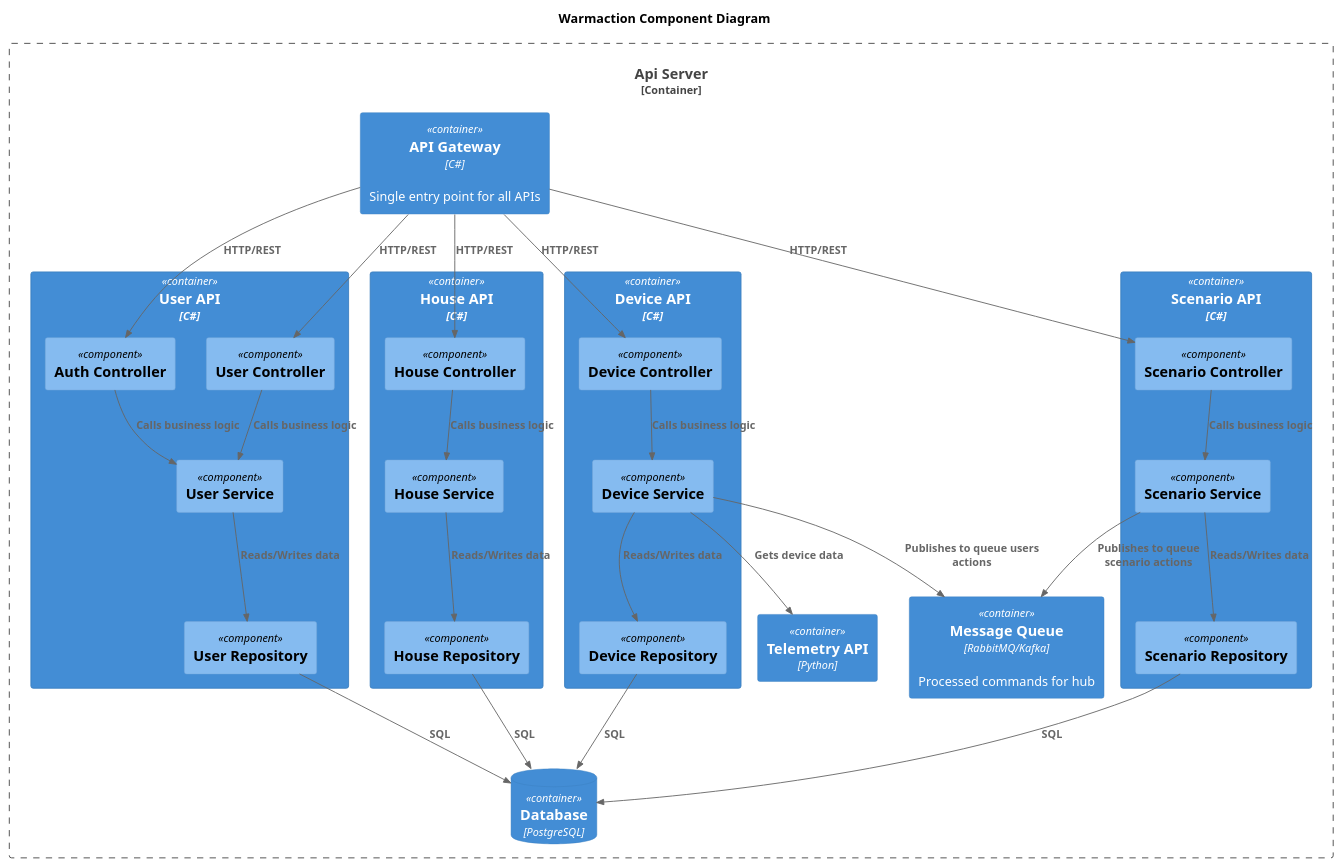
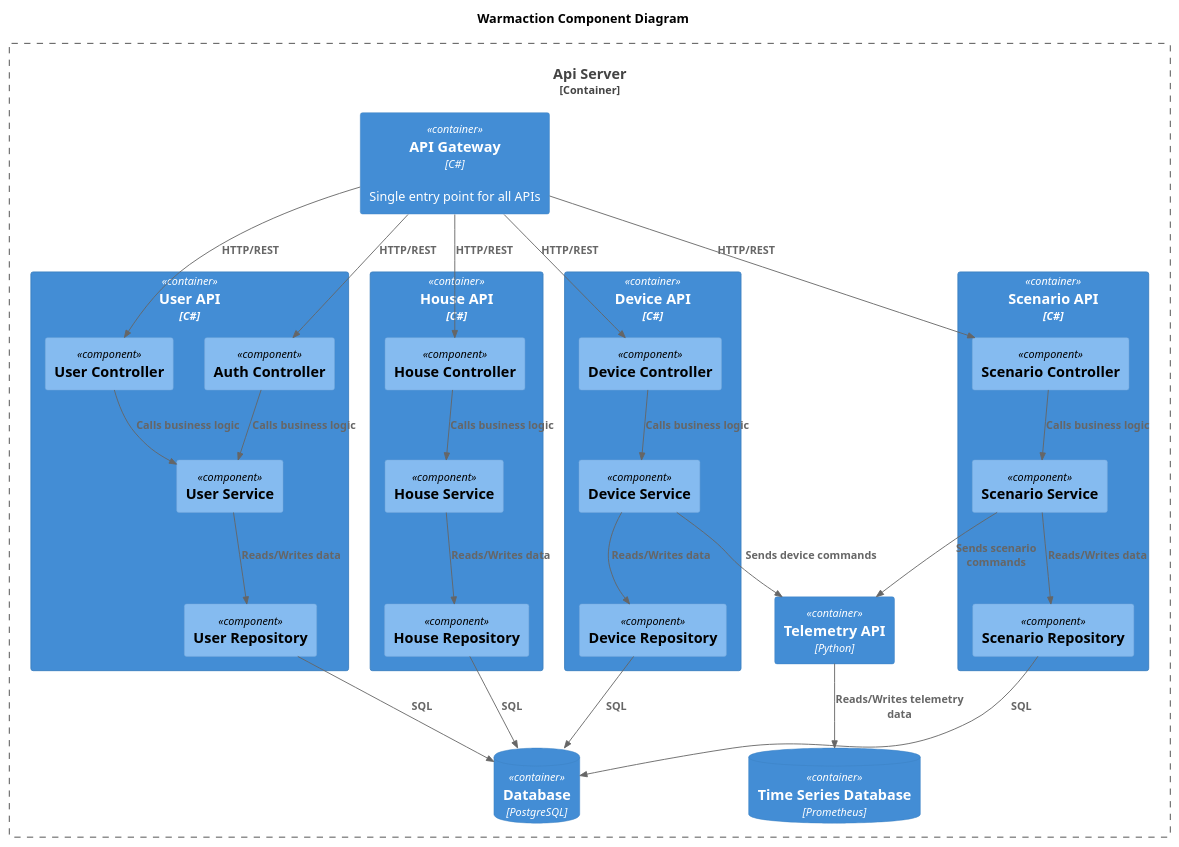
One commit to tammaco/architecture-pro-warmhouse changed the diagram in schemas/To-Be/Component.puml. Above: the diagram before and after it, drawn with PlantUML. The commit also changed 1 other file, not shown here.

```diff
--- a/schemas/To-Be/Component.puml
+++ b/schemas/To-Be/Component.puml
@@ -1,77 +1,78 @@
 @startuml Warmaction Component Diagram
 title Warmaction Component Diagram
 
 top to bottom direction
 
 !includeurl https://raw.githubusercontent.com/RicardoNiepel/C4-PlantUML/master/C4_Component.puml
 
 Container_Boundary(Api, "Api Server") {
   Container(api, "API Gateway", "C#", "Single entry point for all APIs")
   
   ' Users API Components
   Container(userApi, "User API", "C#") {
     Component(authController, "Auth Controller")
     Component(userController, "User Controller")
     
     Component(userService, "User Service")
     Component(userRepository, "User Repository")
   }
   
   ' House API Components
   Container(houseApi, "House API", "C#") {
     Component(houseController, "House Controller")
     
     Component(houseService, "House Service")
     Component(houseRepository, "House Repository")
   }
 
   ' Device API Components
   Container(deviceApi, "Device API", "C#") {
     Component(deviceController, "Device Controller")
     
     Component(deviceService, "Device Service")
     Component(deviceRepository, "Device Repository")
   }
 
   ' Scenario API Components
   Container(scenarioApi, "Scenario API", "C#") {
     Component(scenarioController, "Scenario Controller")
     
     Component(scenarioService, "Scenario Service")
     Component(scenarioRepository, "Scenario Repository")
   }  
 
   ' Telemetry API
   Container(telemetryApi, "Telemetry API", "Python")
 
-  Container(messageQueue, "Message Queue", "RabbitMQ/Kafka", "Processed commands for hub")
   ContainerDb(database, "Database", "PostgreSQL")
+  ContainerDb(tsdb, "Time Series Database", "Prometheus")
 }
 
 Rel(api, authController, "HTTP/REST")
 Rel(api, userController, "HTTP/REST")
 Rel(authController, userService, "Calls business logic")
 Rel(userController, userService, "Calls business logic")
 Rel(userService, userRepository, "Reads/Writes data")
 Rel(userRepository, database, "SQL")
 
 Rel(api, houseController, "HTTP/REST")
 Rel(houseController, houseService, "Calls business logic")
 Rel(houseService, houseRepository, "Reads/Writes data")
 Rel(houseRepository, database, "SQL")
 
 Rel(api, deviceController, "HTTP/REST")
 Rel(deviceController, deviceService, "Calls business logic")
 Rel(deviceService, deviceRepository, "Reads/Writes data")
 Rel(deviceRepository, database, "SQL")
 
 Rel(api, scenarioController, "HTTP/REST")
 Rel(scenarioController, scenarioService, "Calls business logic")
 Rel(scenarioService, scenarioRepository, "Reads/Writes data")
 Rel(scenarioRepository, database, "SQL")
 
-Rel(deviceService, telemetryApi, "Gets device data")
-Rel(scenarioService, messageQueue, "Publishes to queue scenario actions")
-Rel(deviceService, messageQueue, "Publishes to queue users actions")
+Rel(telemetryApi, tsdb, "Reads/Writes telemetry data")
+
+Rel(deviceService, telemetryApi, "Sends device commands")
+Rel(scenarioService, telemetryApi, "Sends scenario commands")
 
 @enduml
```
